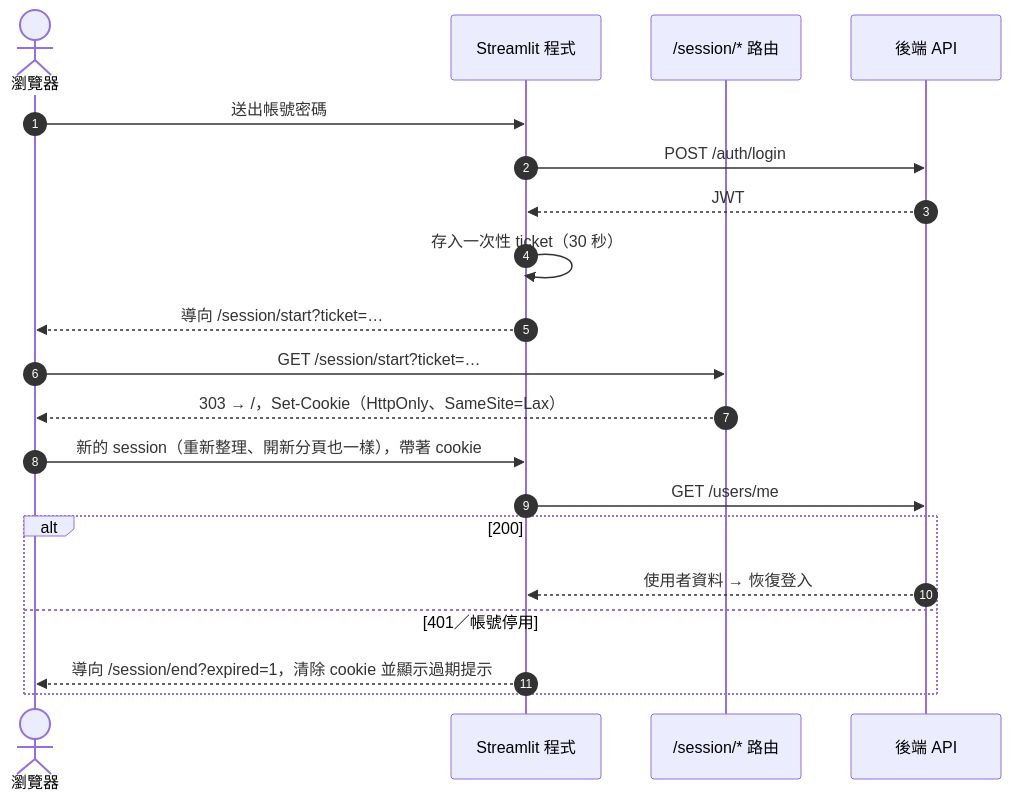
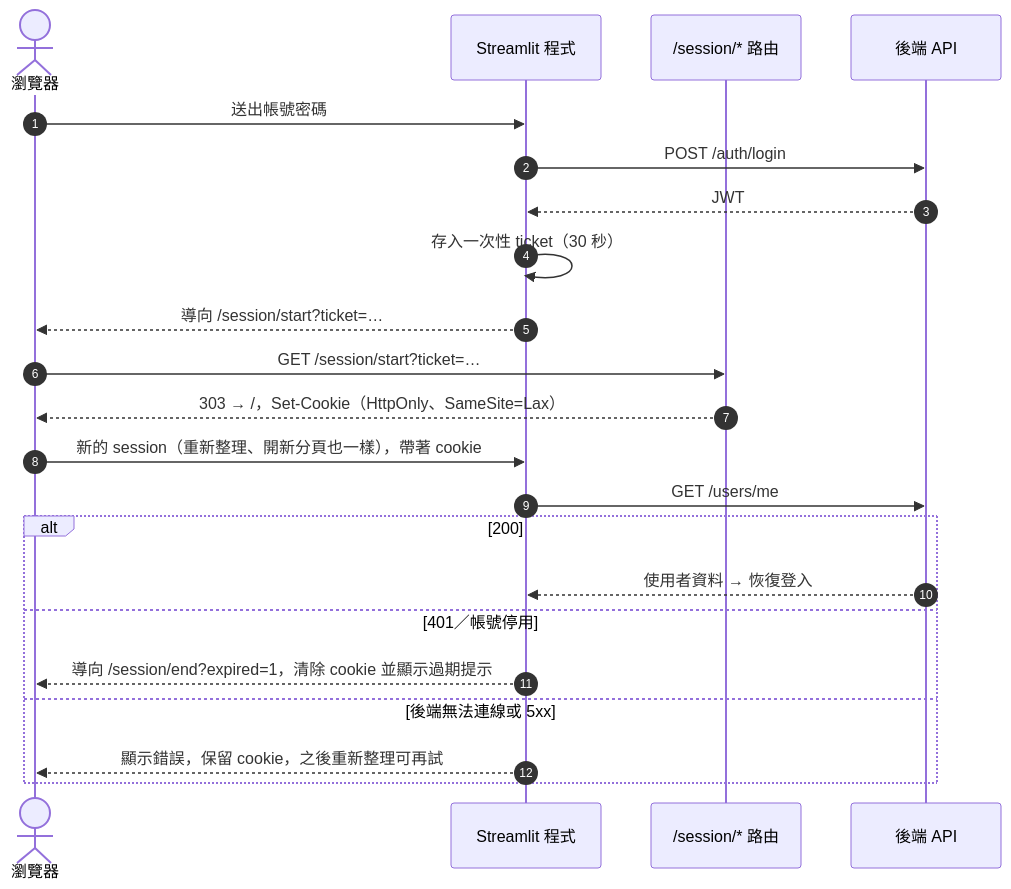
One commit to ASiCo1116/analytics-monitoring-system changed the second of 4 diagrams in README.md. Above: the diagram before and after it, drawn with Mermaid. The commit also changed other lines of this file, not shown here.

First line of the commit message:
docs: make the README diagrams match the code

````diff
--- a/README.md
+++ b/README.md
@@ -164,23 +164,25 @@
 ```mermaid
 sequenceDiagram
     autonumber
     actor U as 瀏覽器
     participant S as Streamlit 程式
     participant R as /session/* 路由
     participant B as 後端 API
 
     U->>S: 送出帳號密碼
     S->>B: POST /auth/login
     B-->>S: JWT
     S->>S: 存入一次性 ticket（30 秒）
     S-->>U: 導向 /session/start?ticket=…
     U->>R: GET /session/start?ticket=…
     R-->>U: 303 → /，Set-Cookie（HttpOnly、SameSite=Lax）
     U->>S: 新的 session（重新整理、開新分頁也一樣），帶著 cookie
     S->>B: GET /users/me
     alt 200
         B-->>S: 使用者資料 → 恢復登入
     else 401／帳號停用
         S-->>U: 導向 /session/end?expired=1，清除 cookie 並顯示過期提示
+    else 後端無法連線或 5xx
+        S-->>U: 顯示錯誤，保留 cookie，之後重新整理可再試
     end
 ```
````
